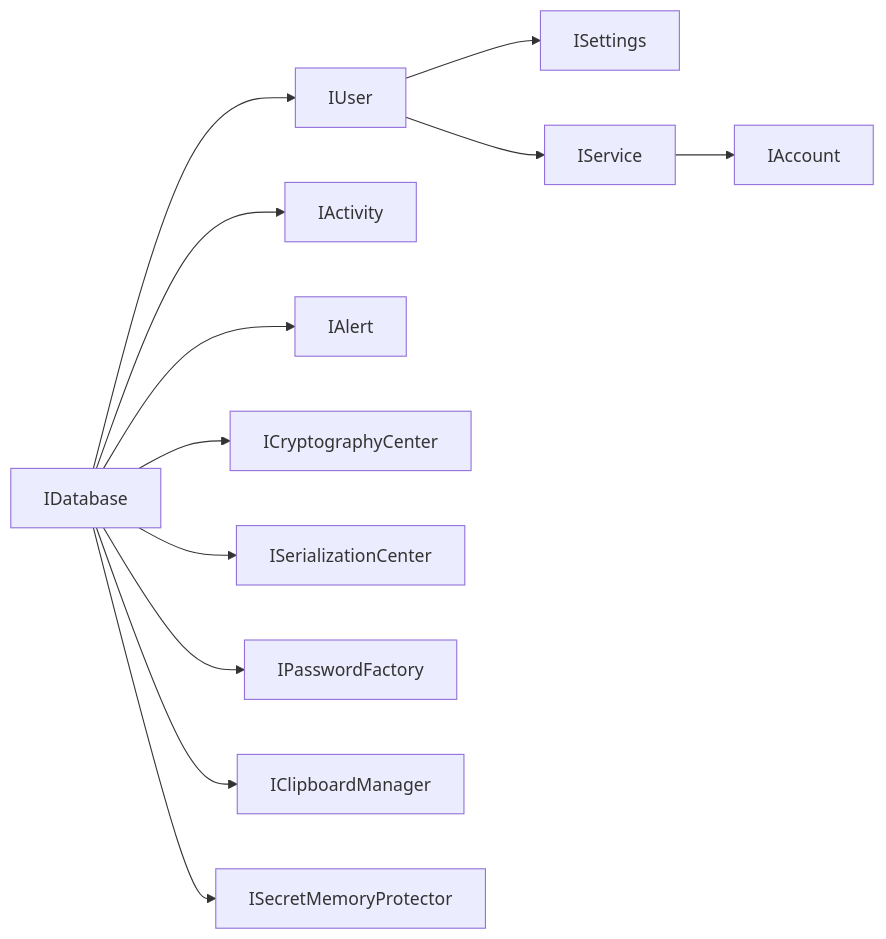
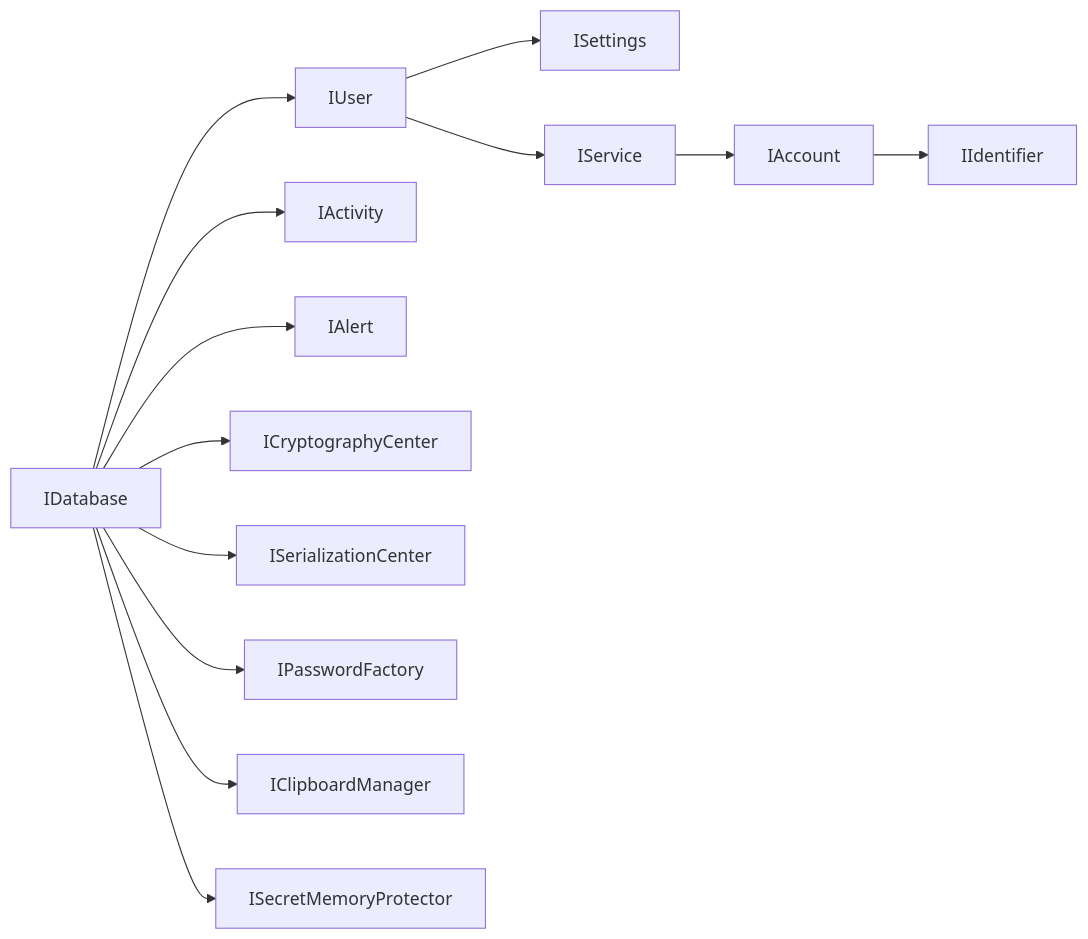
Before and after one commit to YassinLokhat/Upsilon.Apps.Passkey: the first of 2 diagrams in Wiki/Architecture.md, drawn with Mermaid. The commit also changed other lines of this file and 17 other files, not shown here.

````diff
--- a/Wiki/Architecture.md
+++ b/Wiki/Architecture.md
@@ -24,14 +24,15 @@
 ```mermaid
 flowchart LR
   IDatabase --> IUser
   IUser --> ISettings
   IUser --> IService
   IService --> IAccount
+  IAccount --> IIdentifier
   IDatabase --> IActivity
   IDatabase --> IAlert
   IDatabase --> ICryptographyCenter
   IDatabase --> ISerializationCenter
   IDatabase --> IPasswordFactory
   IDatabase --> IClipboardManager
   IDatabase --> ISecretMemoryProtector
 ```
````
